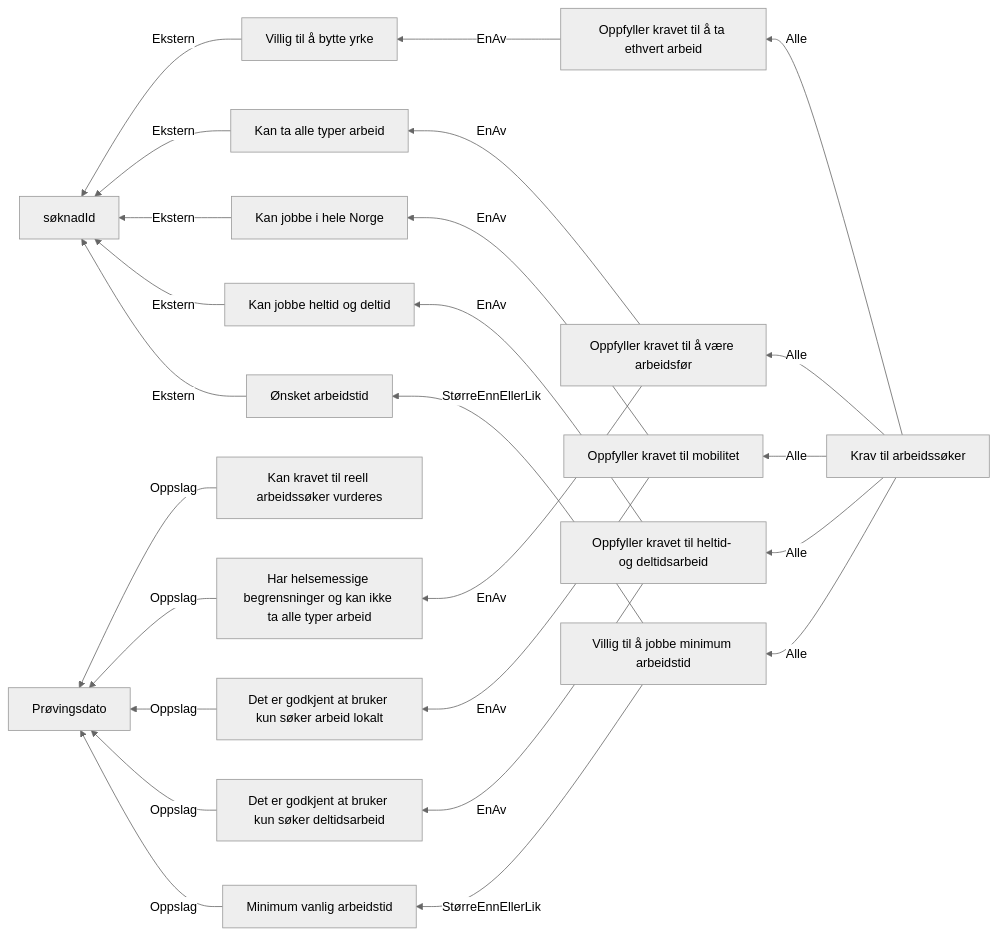
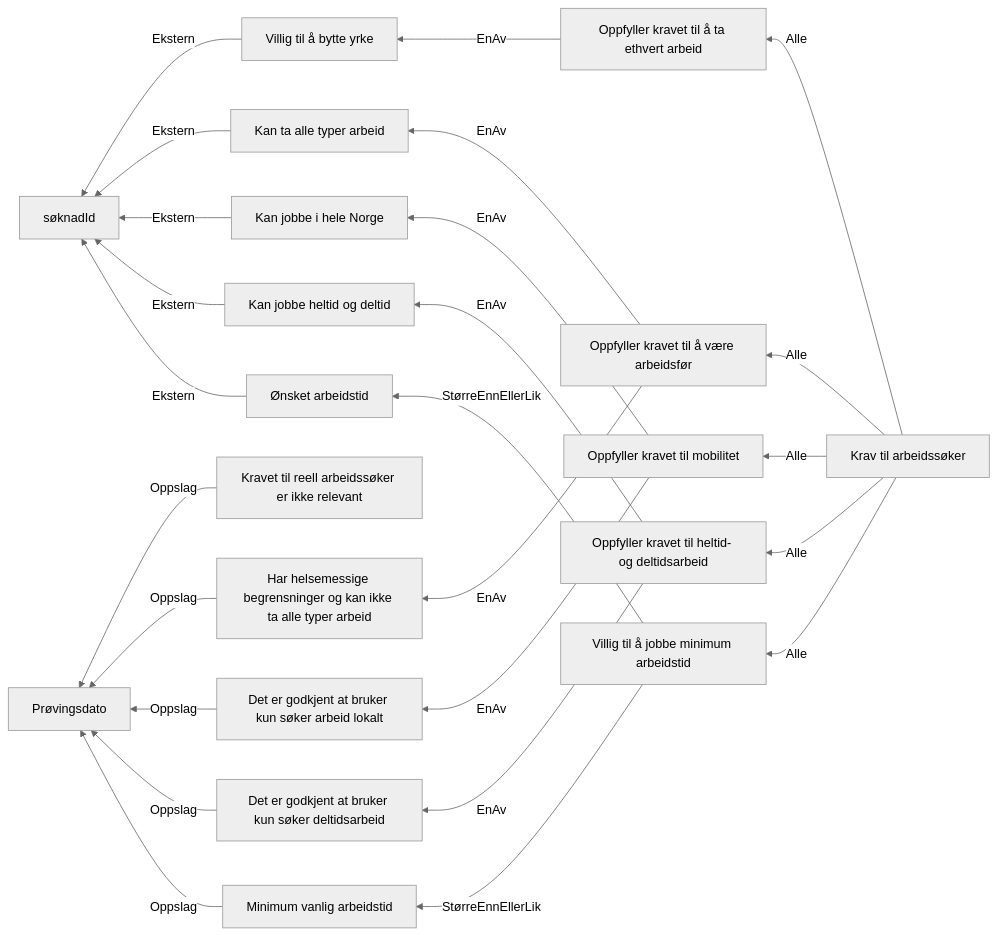
One commit to navikt/dp-behandling changed the diagram in docs/regler/§ 4-5. Reelle arbeidssøkere.approved.md. Above: the diagram before and after it, drawn with Mermaid (neutral theme). The commit also changed 29 other files, not shown here.

````diff
--- a/docs/regler/§ 4-5. Reelle arbeidssøkere.approved.md
+++ b/docs/regler/§ 4-5. Reelle arbeidssøkere.approved.md
@@ -5,27 +5,27 @@
 ```mermaid
 graph RL
   A["Ønsket arbeidstid"] -->|"Ekstern"| B["søknadId"]
   C["Minimum vanlig arbeidstid"] -->|"Oppslag"| D["Prøvingsdato"]
   E["Villig til å jobbe minimum arbeidstid"] -->|"StørreEnnEllerLik"| A["Ønsket arbeidstid"]
   E["Villig til å jobbe minimum arbeidstid"] -->|"StørreEnnEllerLik"| C["Minimum vanlig arbeidstid"]
   F["Kan jobbe heltid og deltid"] -->|"Ekstern"| B["søknadId"]
   G["Det er godkjent at bruker kun søker deltidsarbeid"] -->|"Oppslag"| D["Prøvingsdato"]
   H["Kan jobbe i hele Norge"] -->|"Ekstern"| B["søknadId"]
   I["Det er godkjent at bruker kun søker arbeid lokalt"] -->|"Oppslag"| D["Prøvingsdato"]
   J["Kan ta alle typer arbeid"] -->|"Ekstern"| B["søknadId"]
   K["Har helsemessige begrensninger og kan ikke ta alle typer arbeid"] -->|"Oppslag"| D["Prøvingsdato"]
   L["Villig til å bytte yrke"] -->|"Ekstern"| B["søknadId"]
   M["Oppfyller kravet til heltid- og deltidsarbeid"] -->|"EnAv"| F["Kan jobbe heltid og deltid"]
   M["Oppfyller kravet til heltid- og deltidsarbeid"] -->|"EnAv"| G["Det er godkjent at bruker kun søker deltidsarbeid"]
   N["Oppfyller kravet til mobilitet"] -->|"EnAv"| H["Kan jobbe i hele Norge"]
   N["Oppfyller kravet til mobilitet"] -->|"EnAv"| I["Det er godkjent at bruker kun søker arbeid lokalt"]
   O["Oppfyller kravet til å være arbeidsfør"] -->|"EnAv"| J["Kan ta alle typer arbeid"]
   O["Oppfyller kravet til å være arbeidsfør"] -->|"EnAv"| K["Har helsemessige begrensninger og kan ikke ta alle typer arbeid"]
   P["Oppfyller kravet til å ta ethvert arbeid"] -->|"EnAv"| L["Villig til å bytte yrke"]
   Q["Krav til arbeidssøker"] -->|"Alle"| E["Villig til å jobbe minimum arbeidstid"]
   Q["Krav til arbeidssøker"] -->|"Alle"| M["Oppfyller kravet til heltid- og deltidsarbeid"]
   Q["Krav til arbeidssøker"] -->|"Alle"| N["Oppfyller kravet til mobilitet"]
   Q["Krav til arbeidssøker"] -->|"Alle"| O["Oppfyller kravet til å være arbeidsfør"]
   Q["Krav til arbeidssøker"] -->|"Alle"| P["Oppfyller kravet til å ta ethvert arbeid"]
-  R["Kan kravet til reell arbeidssøker vurderes"] -->|"Oppslag"| D["Prøvingsdato"]
+  R["Kravet til reell arbeidssøker er ikke relevant"] -->|"Oppslag"| D["Prøvingsdato"]
 ```
````
